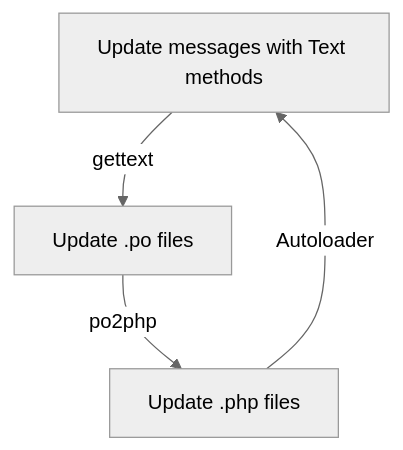
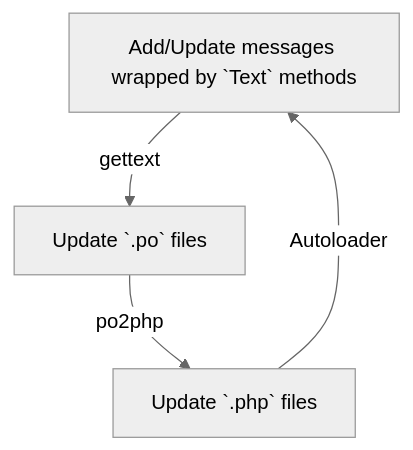
One commit to vertilia/text changed the diagram in README.md. Above: the diagram before and after it, drawn with Mermaid (neutral theme). The commit also changed other lines of this file and 8 other files, not shown here.

````diff
--- a/README.md
+++ b/README.md
@@ -135,6 +137,6 @@
 ```mermaid
 graph
-    A[Update messages with Text methods] -->|gettext| B
-    B[Update .po files] -->|po2php| C
-    C[Update .php files] -->|Autoloader| A
+    A[Add/Update messages wrapped by `Text` methods] -->| gettext | B
+    B[Update `.po` files] -->| po2php | C
+    C[Update `.php` files] -->| Autoloader | A
 ```
````
